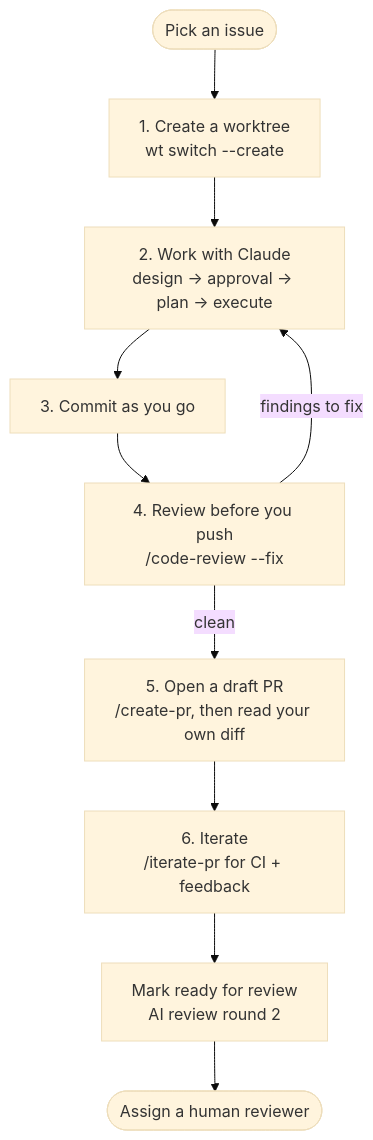
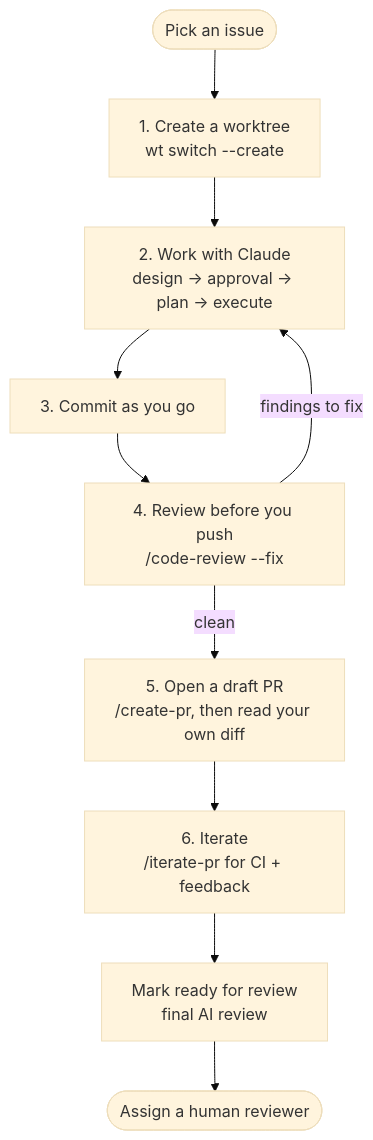
The diagram in docs/getting-started/dev-workflow.md (dimagi/open-chat-studio), drawn with Mermaid (base theme) before and after one commit. The commit also changed other lines of this file and 3 other files, not shown here.

````diff
--- a/docs/getting-started/dev-workflow.md
+++ b/docs/getting-started/dev-workflow.md
@@ -11,12 +11,12 @@
 ```mermaid
 flowchart TD
     A([Pick an issue]) --> B["1. Create a worktree<br/>wt switch --create"]
     B --> C["2. Work with Claude<br/>design → approval → plan → execute"]
     C --> D["3. Commit as you go"]
     D --> E["4. Review before you push<br/>/code-review --fix"]
     E -- findings to fix --> C
     E -- clean --> F["5. Open a draft PR<br/>/create-pr, then read your own diff"]
     F --> G["6. Iterate<br/>/iterate-pr for CI + feedback"]
-    G --> H["Mark ready for review<br/>AI review round 2"]
+    G --> H["Mark ready for review<br/>final AI review"]
     H --> I([Assign a human reviewer])
 ```
````
